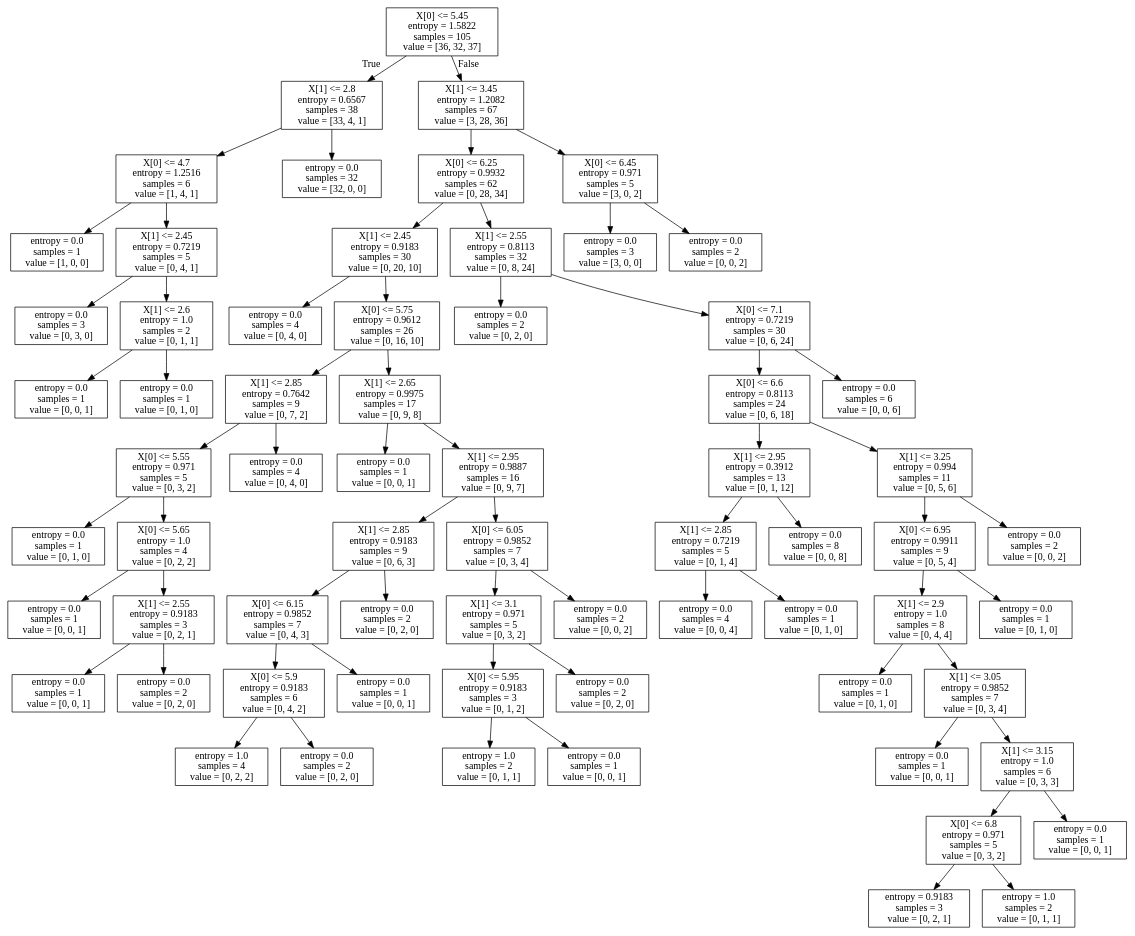
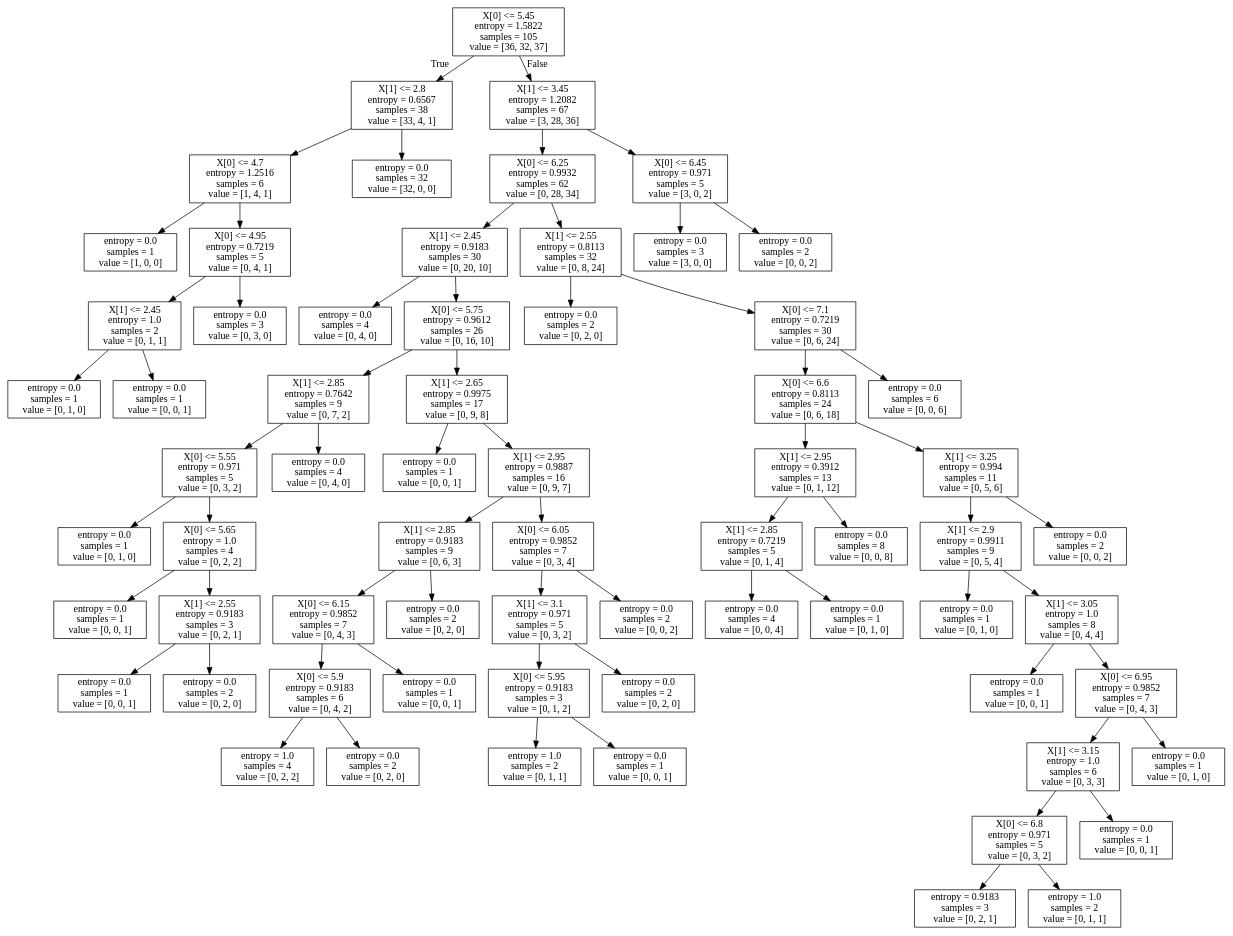
Before and after one commit to Emiyaa/machine: the diagram in com/miku/RandomForest/iris.dot, drawn with Graphviz. The commit also changed 2 other files, not shown here.

```diff
--- a/com/miku/RandomForest/iris.dot
+++ b/com/miku/RandomForest/iris.dot
@@ -1,136 +1,136 @@
 digraph Tree {
 node [shape=box] ;
 0 [label="X[0] <= 5.45\nentropy = 1.5822\nsamples = 105\nvalue = [36, 32, 37]"] ;
 1 [label="X[1] <= 2.8\nentropy = 0.6567\nsamples = 38\nvalue = [33, 4, 1]"] ;
 0 -> 1 [labeldistance=2.5, labelangle=45, headlabel="True"] ;
 2 [label="X[0] <= 4.7\nentropy = 1.2516\nsamples = 6\nvalue = [1, 4, 1]"] ;
 1 -> 2 ;
 3 [label="entropy = 0.0\nsamples = 1\nvalue = [1, 0, 0]"] ;
 2 -> 3 ;
-4 [label="X[1] <= 2.45\nentropy = 0.7219\nsamples = 5\nvalue = [0, 4, 1]"] ;
+4 [label="X[0] <= 4.95\nentropy = 0.7219\nsamples = 5\nvalue = [0, 4, 1]"] ;
 2 -> 4 ;
-5 [label="entropy = 0.0\nsamples = 3\nvalue = [0, 3, 0]"] ;
+5 [label="X[1] <= 2.45\nentropy = 1.0\nsamples = 2\nvalue = [0, 1, 1]"] ;
 4 -> 5 ;
-6 [label="X[1] <= 2.6\nentropy = 1.0\nsamples = 2\nvalue = [0, 1, 1]"] ;
-4 -> 6 ;
+6 [label="entropy = 0.0\nsamples = 1\nvalue = [0, 1, 0]"] ;
+5 -> 6 ;
 7 [label="entropy = 0.0\nsamples = 1\nvalue = [0, 0, 1]"] ;
-6 -> 7 ;
-8 [label="entropy = 0.0\nsamples = 1\nvalue = [0, 1, 0]"] ;
-6 -> 8 ;
+5 -> 7 ;
+8 [label="entropy = 0.0\nsamples = 3\nvalue = [0, 3, 0]"] ;
+4 -> 8 ;
 9 [label="entropy = 0.0\nsamples = 32\nvalue = [32, 0, 0]"] ;
 1 -> 9 ;
 10 [label="X[1] <= 3.45\nentropy = 1.2082\nsamples = 67\nvalue = [3, 28, 36]"] ;
 0 -> 10 [labeldistance=2.5, labelangle=-45, headlabel="False"] ;
 11 [label="X[0] <= 6.25\nentropy = 0.9932\nsamples = 62\nvalue = [0, 28, 34]"] ;
 10 -> 11 ;
 12 [label="X[1] <= 2.45\nentropy = 0.9183\nsamples = 30\nvalue = [0, 20, 10]"] ;
 11 -> 12 ;
 13 [label="entropy = 0.0\nsamples = 4\nvalue = [0, 4, 0]"] ;
 12 -> 13 ;
 14 [label="X[0] <= 5.75\nentropy = 0.9612\nsamples = 26\nvalue = [0, 16, 10]"] ;
 12 -> 14 ;
 15 [label="X[1] <= 2.85\nentropy = 0.7642\nsamples = 9\nvalue = [0, 7, 2]"] ;
 14 -> 15 ;
 16 [label="X[0] <= 5.55\nentropy = 0.971\nsamples = 5\nvalue = [0, 3, 2]"] ;
 15 -> 16 ;
 17 [label="entropy = 0.0\nsamples = 1\nvalue = [0, 1, 0]"] ;
 16 -> 17 ;
 18 [label="X[0] <= 5.65\nentropy = 1.0\nsamples = 4\nvalue = [0, 2, 2]"] ;
 16 -> 18 ;
 19 [label="entropy = 0.0\nsamples = 1\nvalue = [0, 0, 1]"] ;
 18 -> 19 ;
 20 [label="X[1] <= 2.55\nentropy = 0.9183\nsamples = 3\nvalue = [0, 2, 1]"] ;
 18 -> 20 ;
 21 [label="entropy = 0.0\nsamples = 1\nvalue = [0, 0, 1]"] ;
 20 -> 21 ;
 22 [label="entropy = 0.0\nsamples = 2\nvalue = [0, 2, 0]"] ;
 20 -> 22 ;
 23 [label="entropy = 0.0\nsamples = 4\nvalue = [0, 4, 0]"] ;
 15 -> 23 ;
 24 [label="X[1] <= 2.65\nentropy = 0.9975\nsamples = 17\nvalue = [0, 9, 8]"] ;
 14 -> 24 ;
 25 [label="entropy = 0.0\nsamples = 1\nvalue = [0, 0, 1]"] ;
 24 -> 25 ;
 26 [label="X[1] <= 2.95\nentropy = 0.9887\nsamples = 16\nvalue = [0, 9, 7]"] ;
 24 -> 26 ;
 27 [label="X[1] <= 2.85\nentropy = 0.9183\nsamples = 9\nvalue = [0, 6, 3]"] ;
 26 -> 27 ;
 28 [label="X[0] <= 6.15\nentropy = 0.9852\nsamples = 7\nvalue = [0, 4, 3]"] ;
 27 -> 28 ;
 29 [label="X[0] <= 5.9\nentropy = 0.9183\nsamples = 6\nvalue = [0, 4, 2]"] ;
 28 -> 29 ;
 30 [label="entropy = 1.0\nsamples = 4\nvalue = [0, 2, 2]"] ;
 29 -> 30 ;
 31 [label="entropy = 0.0\nsamples = 2\nvalue = [0, 2, 0]"] ;
 29 -> 31 ;
 32 [label="entropy = 0.0\nsamples = 1\nvalue = [0, 0, 1]"] ;
 28 -> 32 ;
 33 [label="entropy = 0.0\nsamples = 2\nvalue = [0, 2, 0]"] ;
 27 -> 33 ;
 34 [label="X[0] <= 6.05\nentropy = 0.9852\nsamples = 7\nvalue = [0, 3, 4]"] ;
 26 -> 34 ;
 35 [label="X[1] <= 3.1\nentropy = 0.971\nsamples = 5\nvalue = [0, 3, 2]"] ;
 34 -> 35 ;
 36 [label="X[0] <= 5.95\nentropy = 0.9183\nsamples = 3\nvalue = [0, 1, 2]"] ;
 35 -> 36 ;
 37 [label="entropy = 1.0\nsamples = 2\nvalue = [0, 1, 1]"] ;
 36 -> 37 ;
 38 [label="entropy = 0.0\nsamples = 1\nvalue = [0, 0, 1]"] ;
 36 -> 38 ;
 39 [label="entropy = 0.0\nsamples = 2\nvalue = [0, 2, 0]"] ;
 35 -> 39 ;
 40 [label="entropy = 0.0\nsamples = 2\nvalue = [0, 0, 2]"] ;
 34 -> 40 ;
 41 [label="X[1] <= 2.55\nentropy = 0.8113\nsamples = 32\nvalue = [0, 8, 24]"] ;
 11 -> 41 ;
 42 [label="entropy = 0.0\nsamples = 2\nvalue = [0, 2, 0]"] ;
 41 -> 42 ;
 43 [label="X[0] <= 7.1\nentropy = 0.7219\nsamples = 30\nvalue = [0, 6, 24]"] ;
 41 -> 43 ;
 44 [label="X[0] <= 6.6\nentropy = 0.8113\nsamples = 24\nvalue = [0, 6, 18]"] ;
 43 -> 44 ;
 45 [label="X[1] <= 2.95\nentropy = 0.3912\nsamples = 13\nvalue = [0, 1, 12]"] ;
 44 -> 45 ;
 46 [label="X[1] <= 2.85\nentropy = 0.7219\nsamples = 5\nvalue = [0, 1, 4]"] ;
 45 -> 46 ;
 47 [label="entropy = 0.0\nsamples = 4\nvalue = [0, 0, 4]"] ;
 46 -> 47 ;
 48 [label="entropy = 0.0\nsamples = 1\nvalue = [0, 1, 0]"] ;
 46 -> 48 ;
 49 [label="entropy = 0.0\nsamples = 8\nvalue = [0, 0, 8]"] ;
 45 -> 49 ;
 50 [label="X[1] <= 3.25\nentropy = 0.994\nsamples = 11\nvalue = [0, 5, 6]"] ;
 44 -> 50 ;
-51 [label="X[0] <= 6.95\nentropy = 0.9911\nsamples = 9\nvalue = [0, 5, 4]"] ;
+51 [label="X[1] <= 2.9\nentropy = 0.9911\nsamples = 9\nvalue = [0, 5, 4]"] ;
 50 -> 51 ;
-52 [label="X[1] <= 2.9\nentropy = 1.0\nsamples = 8\nvalue = [0, 4, 4]"] ;
+52 [label="entropy = 0.0\nsamples = 1\nvalue = [0, 1, 0]"] ;
 51 -> 52 ;
-53 [label="entropy = 0.0\nsamples = 1\nvalue = [0, 1, 0]"] ;
-52 -> 53 ;
-54 [label="X[1] <= 3.05\nentropy = 0.9852\nsamples = 7\nvalue = [0, 3, 4]"] ;
-52 -> 54 ;
-55 [label="entropy = 0.0\nsamples = 1\nvalue = [0, 0, 1]"] ;
-54 -> 55 ;
+53 [label="X[1] <= 3.05\nentropy = 1.0\nsamples = 8\nvalue = [0, 4, 4]"] ;
+51 -> 53 ;
+54 [label="entropy = 0.0\nsamples = 1\nvalue = [0, 0, 1]"] ;
+53 -> 54 ;
+55 [label="X[0] <= 6.95\nentropy = 0.9852\nsamples = 7\nvalue = [0, 4, 3]"] ;
+53 -> 55 ;
 56 [label="X[1] <= 3.15\nentropy = 1.0\nsamples = 6\nvalue = [0, 3, 3]"] ;
-54 -> 56 ;
+55 -> 56 ;
 57 [label="X[0] <= 6.8\nentropy = 0.971\nsamples = 5\nvalue = [0, 3, 2]"] ;
 56 -> 57 ;
 58 [label="entropy = 0.9183\nsamples = 3\nvalue = [0, 2, 1]"] ;
 57 -> 58 ;
 59 [label="entropy = 1.0\nsamples = 2\nvalue = [0, 1, 1]"] ;
 57 -> 59 ;
 60 [label="entropy = 0.0\nsamples = 1\nvalue = [0, 0, 1]"] ;
 56 -> 60 ;
 61 [label="entropy = 0.0\nsamples = 1\nvalue = [0, 1, 0]"] ;
-51 -> 61 ;
+55 -> 61 ;
 62 [label="entropy = 0.0\nsamples = 2\nvalue = [0, 0, 2]"] ;
 50 -> 62 ;
 63 [label="entropy = 0.0\nsamples = 6\nvalue = [0, 0, 6]"] ;
 43 -> 63 ;
 64 [label="X[0] <= 6.45\nentropy = 0.971\nsamples = 5\nvalue = [3, 0, 2]"] ;
 10 -> 64 ;
 65 [label="entropy = 0.0\nsamples = 3\nvalue = [3, 0, 0]"] ;
 64 -> 65 ;
 66 [label="entropy = 0.0\nsamples = 2\nvalue = [0, 0, 2]"] ;
 64 -> 66 ;
 }
```
